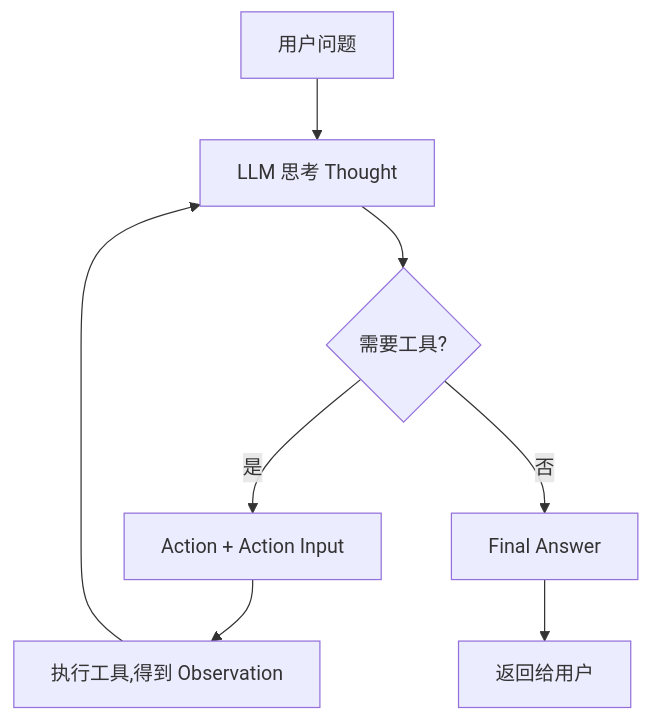
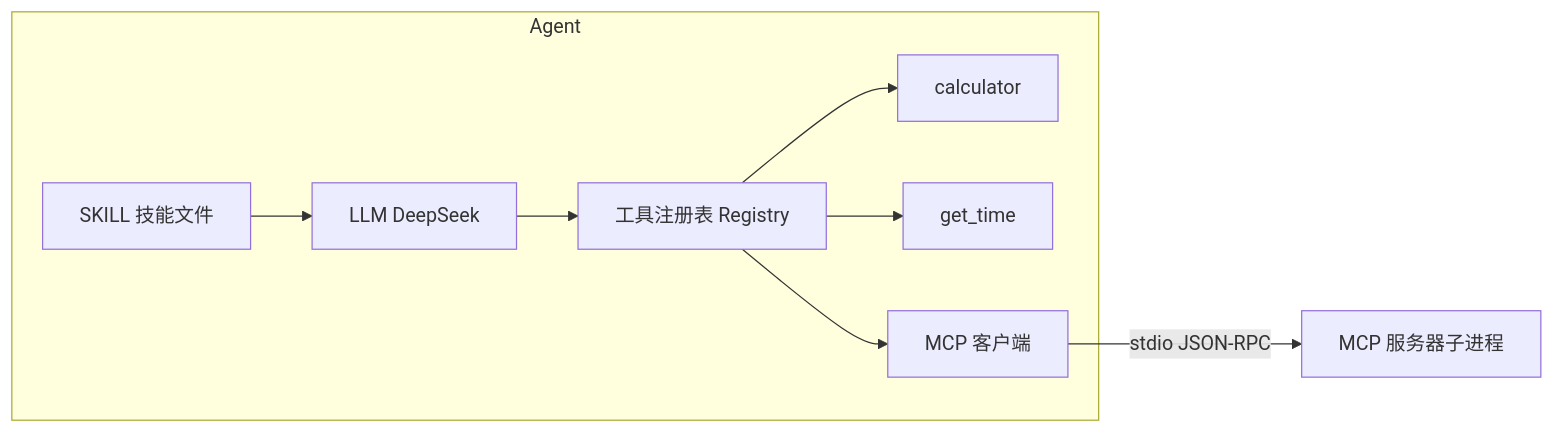
The diagram in ch04/README.md (panyingyun/goagent), drawn with Mermaid before and after one commit. The commit also changed other lines of this file and 190 other files, not shown here.

````diff
--- a/ch04/README.md
+++ b/ch04/README.md
@@ -42,10 +16,11 @@
 ```mermaid
-flowchart TD
-    A[用户问题] --> B[LLM 思考 Thought]
-    B --> C{需要工具?}
-    C -- 是 --> D[Action + Action Input]
-    D --> E[执行工具,得到 Observation]
-    E --> B
-    C -- 否 --> F[Final Answer]
-    F --> G[返回给用户]
+flowchart LR
+    subgraph Agent
+        L[LLM DeepSeek] --> R[工具注册表 Registry]
+        R --> T1[calculator]
+        R --> T2[get_time]
+        R --> M[MCP 客户端]
+        S2[SKILL 技能文件] --> L
+    end
+    M -- stdio JSON-RPC --> S[MCP 服务器子进程]
 ```
````
